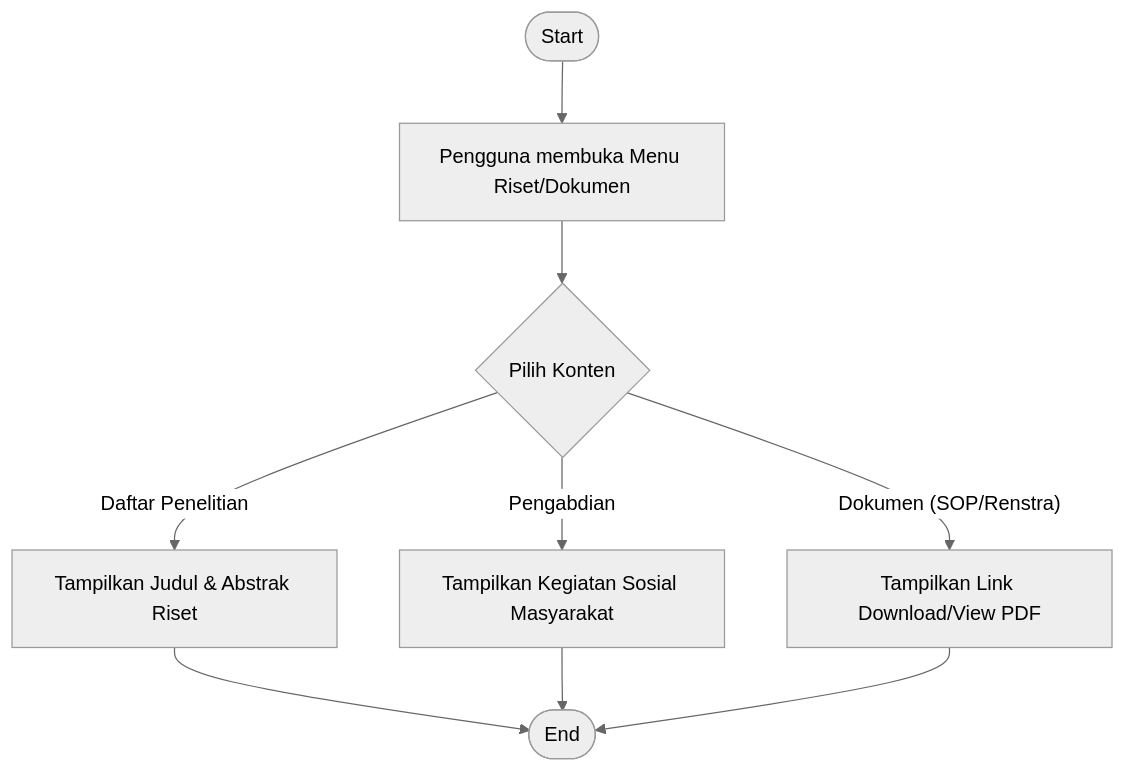
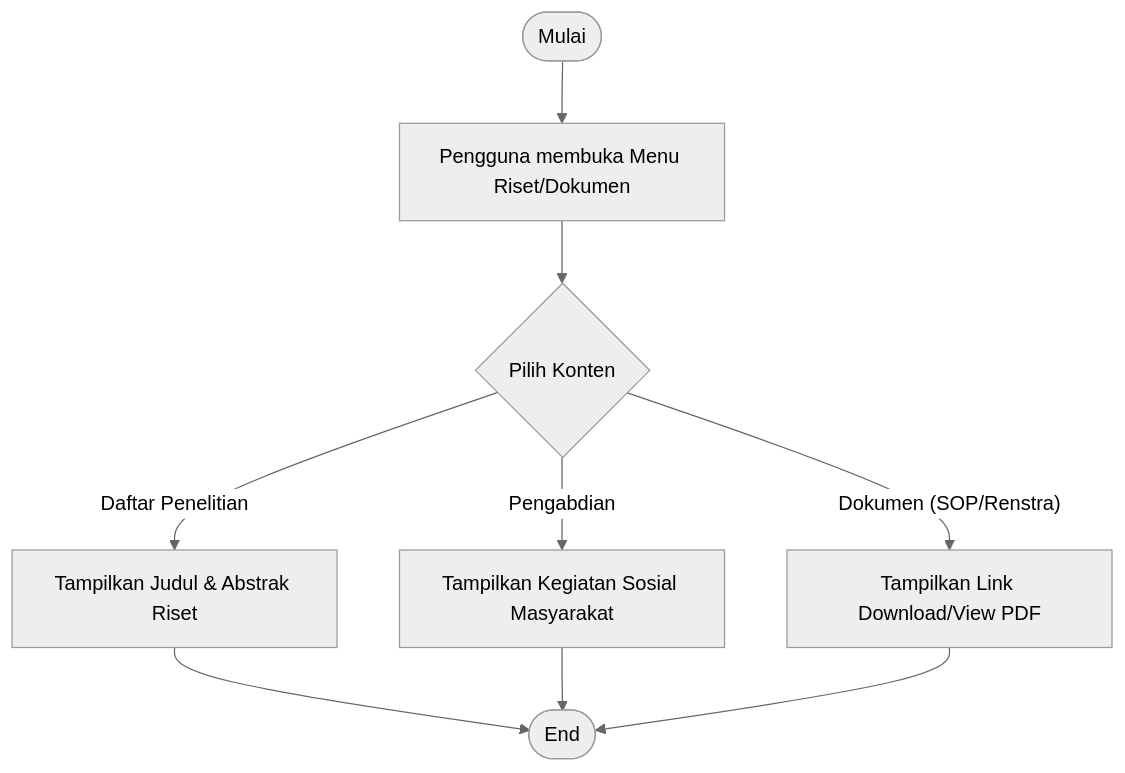
The sixth of 8 diagrams in docs/activity_diagram_publik.md (arbain-dev/Web_fikom), drawn with Mermaid (neutral theme) before and after one commit. The commit also changed other lines of this file and 7 other files, not shown here.

Commit message:
docs: standarisasi semua awal flowchart diagram menjadi 'Mulai'

````diff
--- a/docs/activity_diagram_publik.md
+++ b/docs/activity_diagram_publik.md
@@ -159,13 +159,13 @@
 ```mermaid
 flowchart TD
-    Start([Start]) --> OpenRiset[Pengguna membuka Menu Riset/Dokumen]
+    Mulai([Mulai]) --> OpenRiset[Pengguna membuka Menu Riset/Dokumen]
     OpenRiset --> Action{Pilih Konten}
     
     Action -- "Daftar Penelitian" --> Penelitian[Tampilkan Judul & Abstrak Riset]
     Action -- "Pengabdian" --> Pengabdian[Tampilkan Kegiatan Sosial Masyarakat]
     Action -- "Dokumen (SOP/Renstra)" --> Dokumen[Tampilkan Link Download/View PDF]
     
     Penelitian --> End([End])
     Pengabdian --> End
     Dokumen --> End
 ```
````
